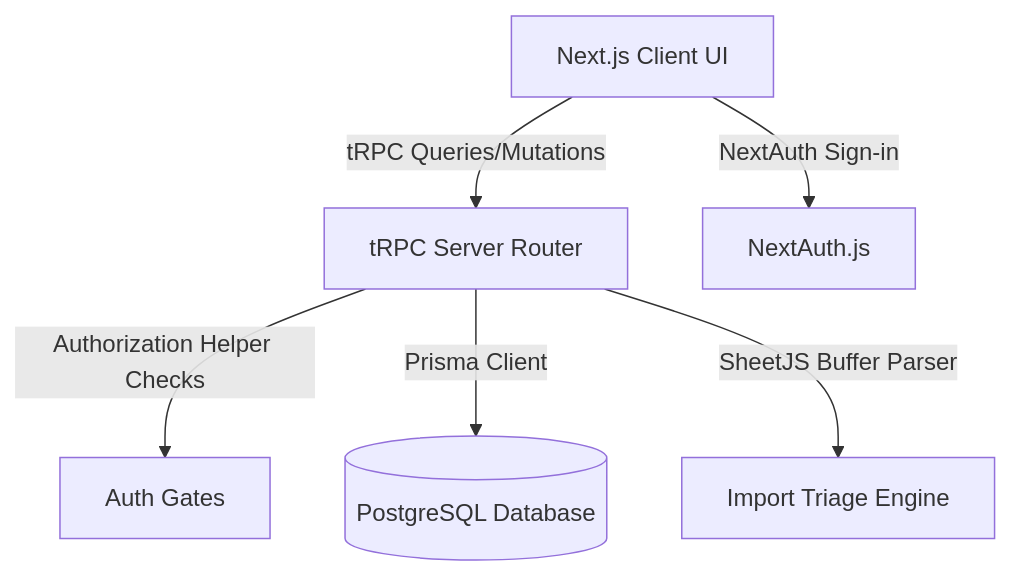
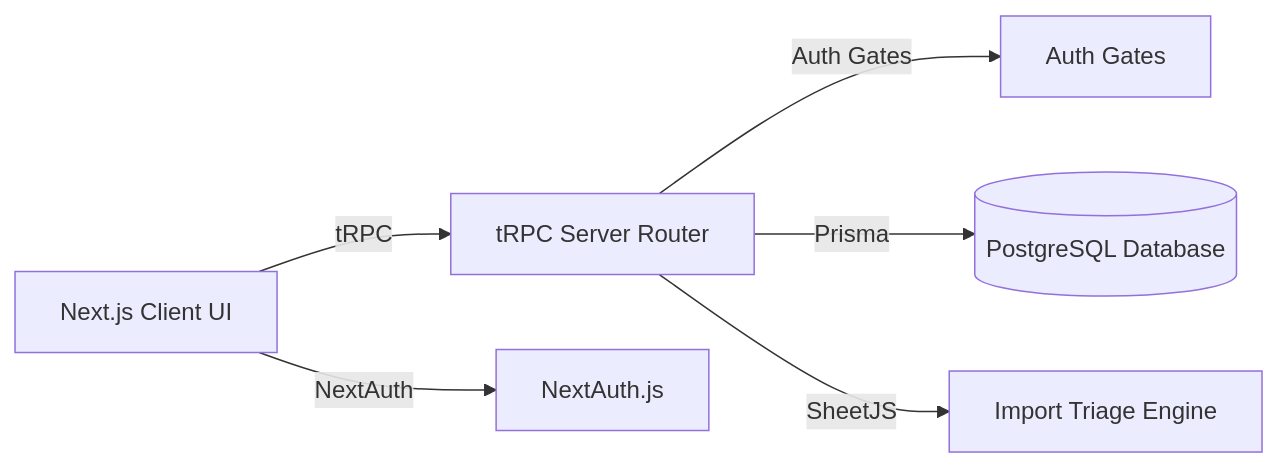
Before and after one commit to shubhh144/easySLR: the first of 2 diagrams in README.md, drawn with Mermaid. The commit also changed other lines of this file, not shown here.

````diff
--- a/README.md
+++ b/README.md
@@ -130,8 +130,8 @@
 ```mermaid
-graph TD
-    Client[Next.js Client UI] -->|tRPC Queries/Mutations| Server[tRPC Server Router]
-    Client -->|NextAuth Sign-in| NextAuth[NextAuth.js]
-    Server -->|Authorization Helper Checks| AuthGates[Auth Gates]
-    Server -->|Prisma Client| DB[(PostgreSQL Database)]
-    Server -->|SheetJS Buffer Parser| Engine[Import Triage Engine]
+graph LR
+    Client[Next.js Client UI] -->|tRPC| Server[tRPC Server Router]
+    Client -->|NextAuth| NextAuth[NextAuth.js]
+    Server -->|Auth Gates| AuthGates[Auth Gates]
+    Server -->|Prisma| DB[(PostgreSQL Database)]
+    Server -->|SheetJS| Engine[Import Triage Engine]
 ```
````
